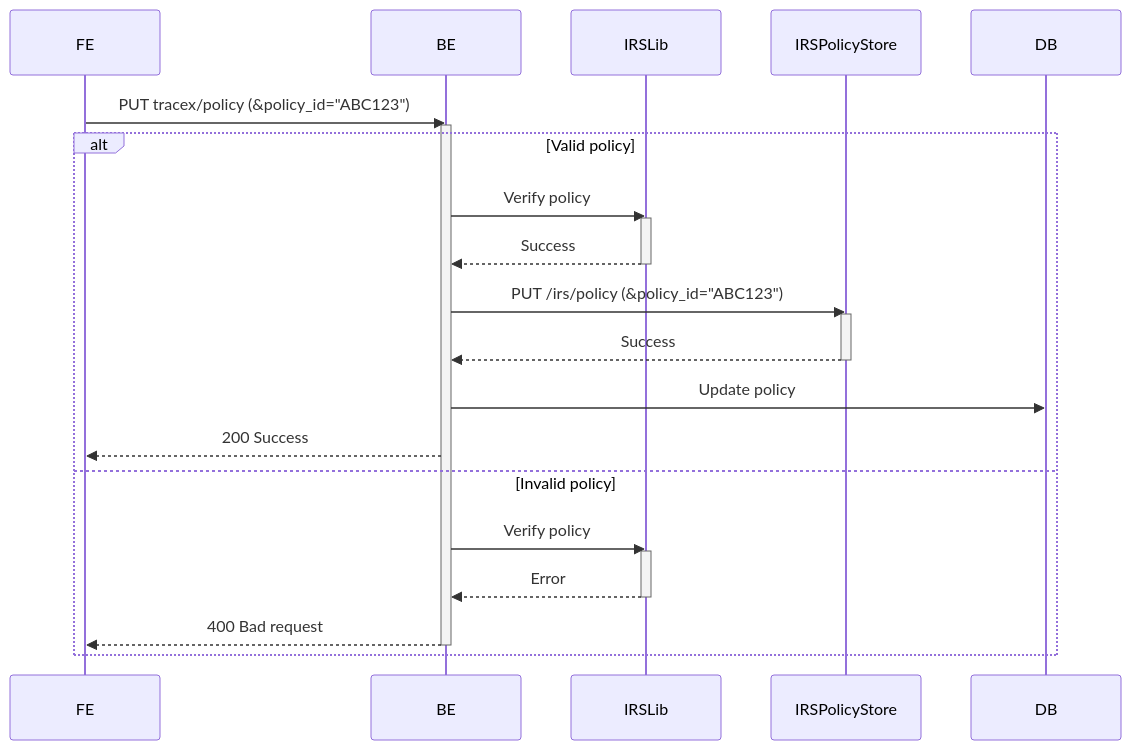
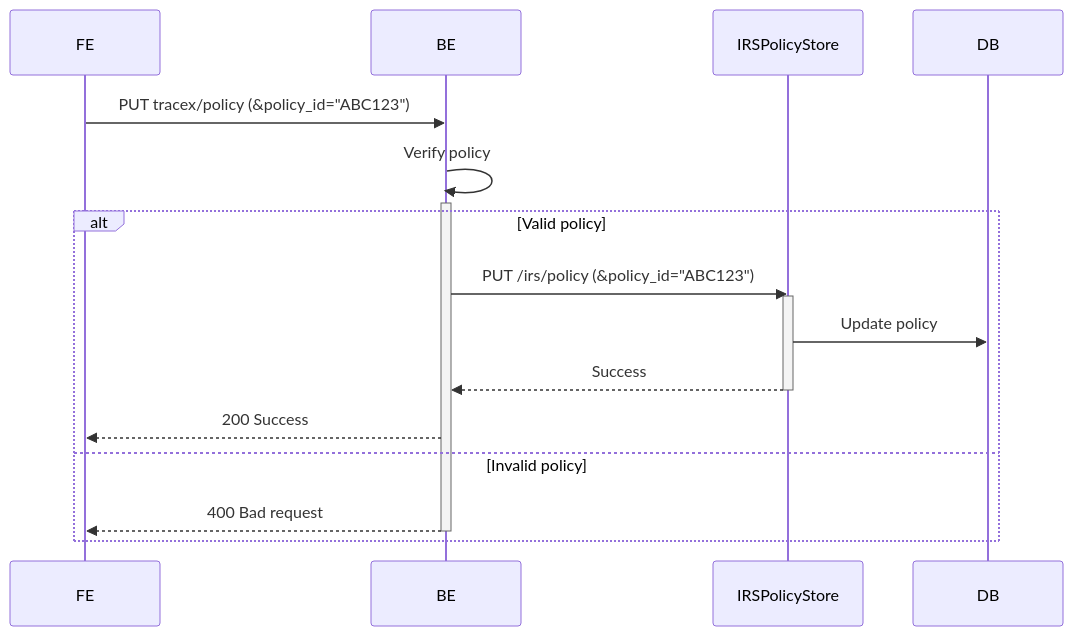
The third of 4 diagrams in docs/concept/#568-policy-management/#568-policy-management.md (eclipse-tractusx/traceability-foss), drawn with Mermaid before and after one commit. The commit also changed other lines of this file and 2 other files, not shown here.

````diff
--- a/docs/concept/#568-policy-management/#568-policy-management.md
+++ b/docs/concept/#568-policy-management/#568-policy-management.md
@@ -337,29 +281,21 @@
 ```mermaid
 sequenceDiagram
     participant FE
     participant BE
-    participant IRSLib
     participant IRSPolicyStore
     participant DB
     FE->>BE: PUT tracex/policy (&policy_id="ABC123")
+    BE->>BE: Verify policy
     activate BE
     alt Valid policy
-        BE->>IRSLib: Verify policy
-        activate IRSLib
-        IRSLib-->>BE: Success
-        deactivate IRSLib
         BE->>IRSPolicyStore: PUT /irs/policy (&policy_id="ABC123")
         activate IRSPolicyStore
+        IRSPolicyStore->>DB: Update policy
         IRSPolicyStore-->>BE: Success
         deactivate IRSPolicyStore
-        BE->>DB: Update policy
         BE-->>FE: 200 Success
     else Invalid policy
-        BE->>IRSLib: Verify policy
-        activate IRSLib
-        IRSLib-->>BE: Error
-        deactivate IRSLib
         BE-->>FE: 400 Bad request
     deactivate BE
     end
 ```
````
